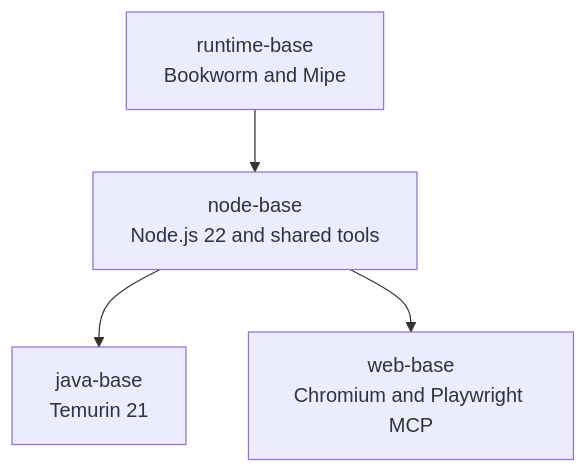
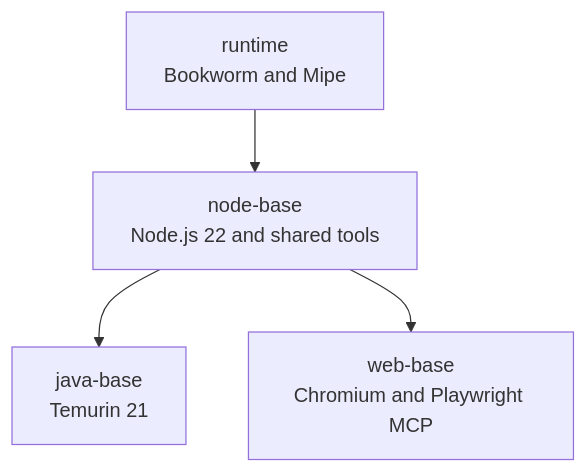
The first of 4 diagrams in runtime/docs/DEPLOYMENT.md (meowpow-png/mipe), drawn with Mermaid before and after one commit. The commit also changed 3 other files, not shown here.

Commit message:
Expose runtime base image

````diff
--- a/runtime/docs/DEPLOYMENT.md
+++ b/runtime/docs/DEPLOYMENT.md
@@ -38,11 +38,11 @@
 ```mermaid
 flowchart TD
-    runtime["runtime-base<br/>Bookworm and Mipe"]
+    runtime["runtime<br/>Bookworm and Mipe"]
     node["node-base<br/>Node.js 22 and shared tools"]
     java["java-base<br/>Temurin 21"]
     web["web-base<br/>Chromium and Playwright MCP"]
 
     runtime --> node
     node --> java
     node --> web
 ```
````
